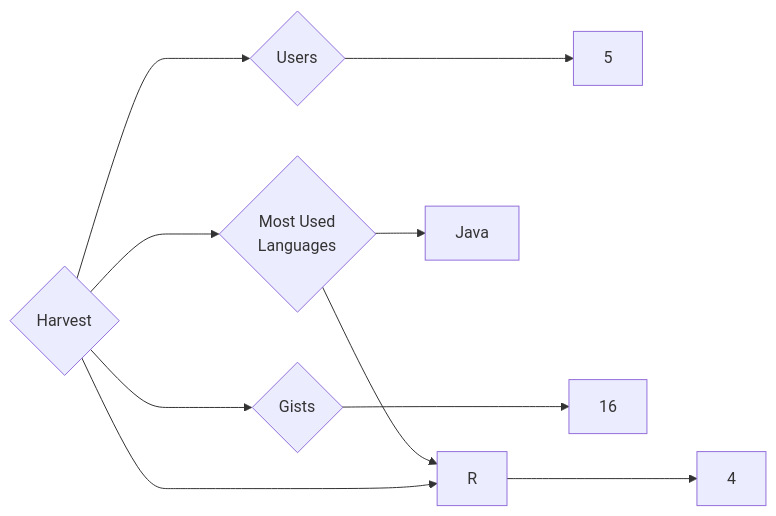
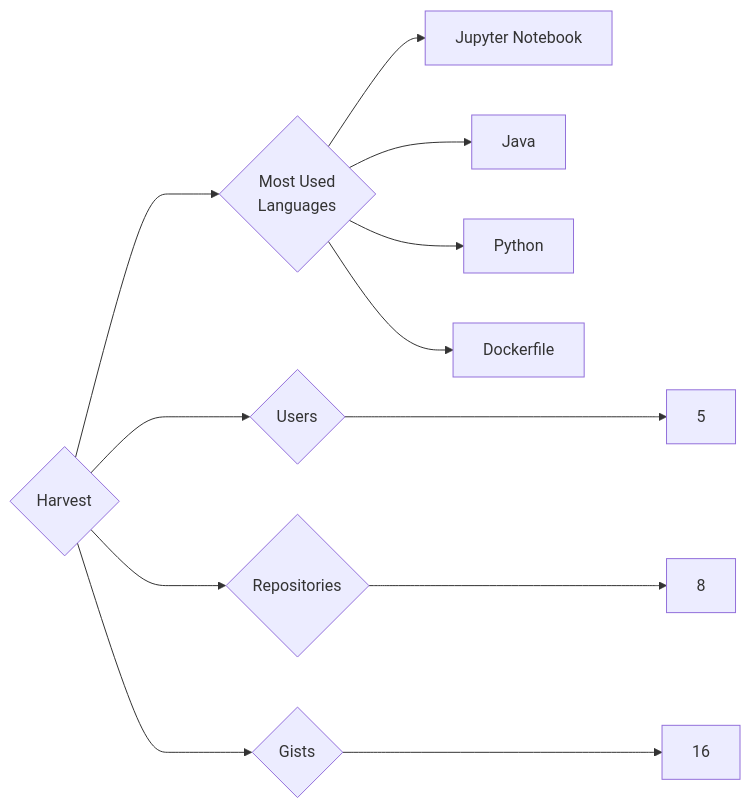
One commit to trickest/insiders changed the diagram in targets/Harvest/README.md. Above: the diagram before and after it, drawn with Mermaid. The commit also changed 559 other files, not shown here.

````diff
--- a/targets/Harvest/README.md
+++ b/targets/Harvest/README.md
@@ -3,10 +3,12 @@
 ```mermaid
 graph LR
 COMPANY_NAME{Harvest}
 COMPANY_NAME ---> U{Users} ---> UN[5]
-COMPANY_NAME ---> R{Repositories} ---> RN[4]
+COMPANY_NAME ---> R{Repositories} ---> RN[8]
 COMPANY_NAME ---> G{Gists} ---> GN[16]
 COMPANY_NAME ---> ML{Most Used<br>Languages}
+ML --> Jupyter_Notebook[Jupyter Notebook]
 ML --> Java[Java]
-ML --> R[R]
+ML --> Python[Python]
+ML --> Dockerfile[Dockerfile]
 ```
````
